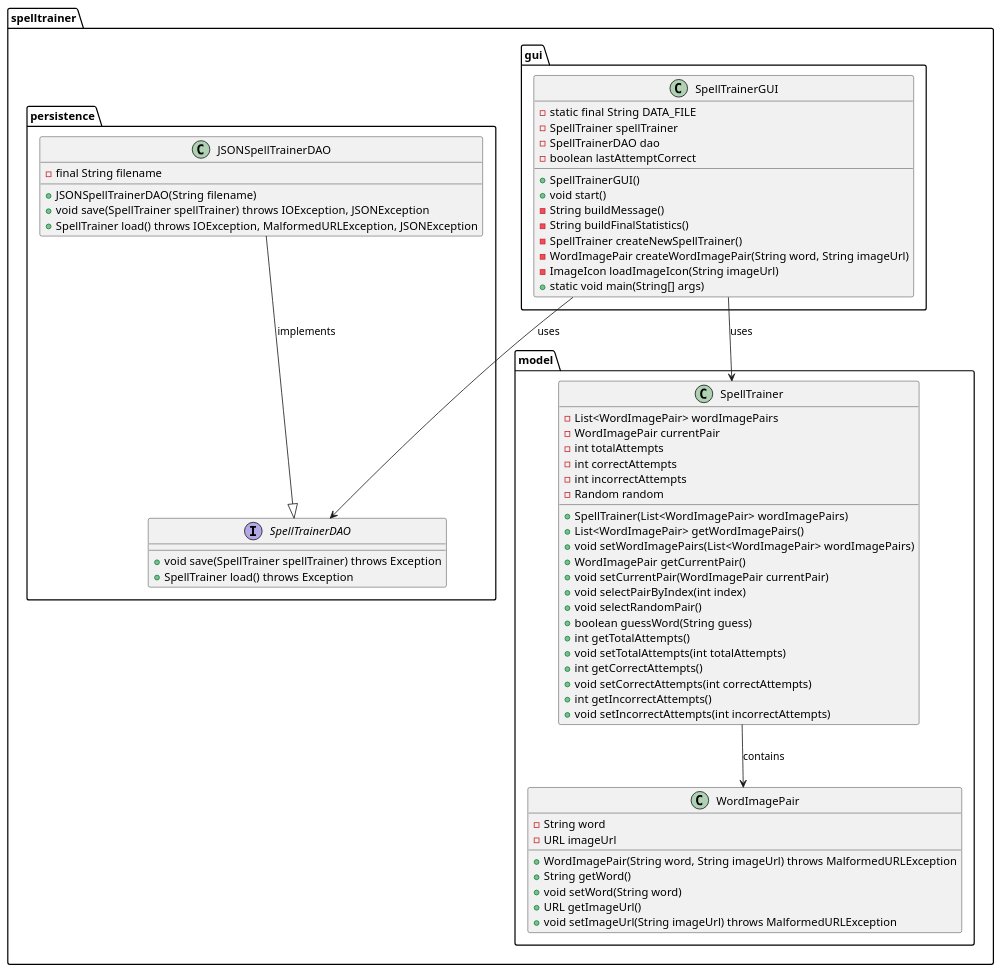
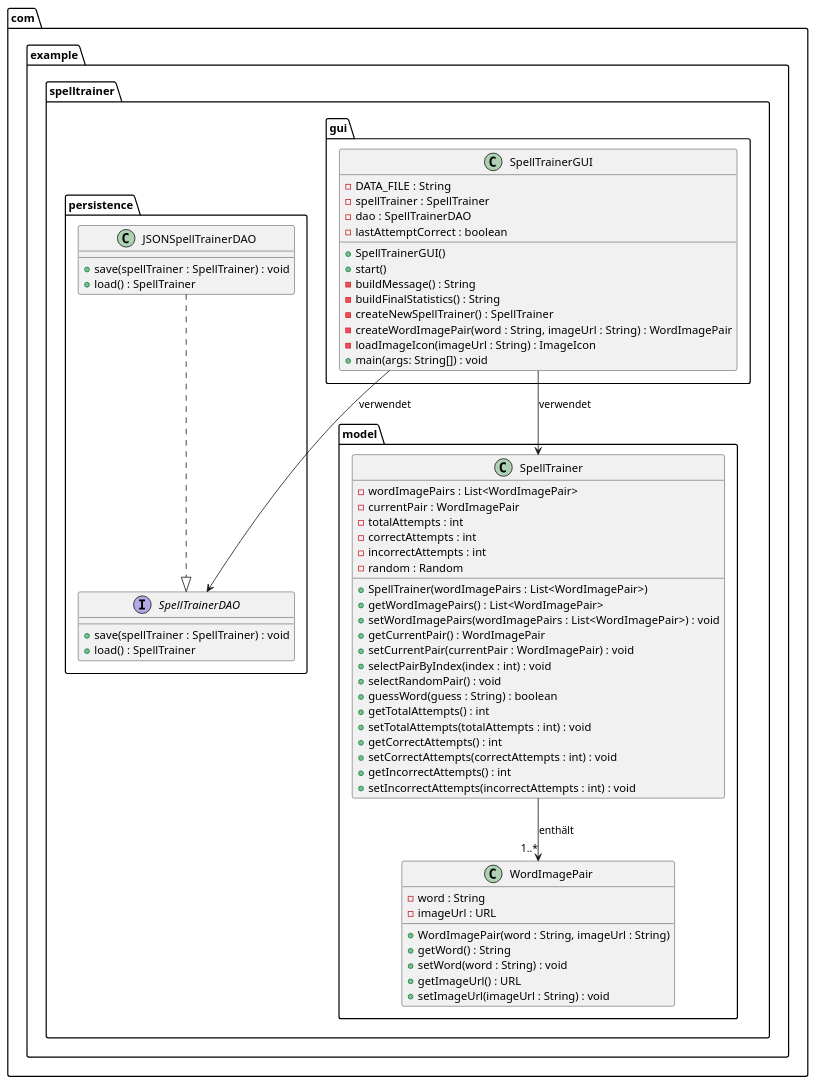
One commit to TGM-HIT/sew9-2425-worttrainer-mdjordjevic-999 changed the diagram in Djordjevic_5CHIT_UML.puml. Above: the diagram before and after it, drawn with PlantUML.

Commit message:
Finales UML

```diff
--- a/Djordjevic_5CHIT_UML.puml
+++ b/Djordjevic_5CHIT_UML.puml
@@ -1,74 +1,76 @@
 @startuml
 
-package "spelltrainer.gui" {
+' Definiere die Pakete
+package com.example.spelltrainer.gui {
     class SpellTrainerGUI {
-        - static final String DATA_FILE
-        - SpellTrainer spellTrainer
-        - SpellTrainerDAO dao
-        - boolean lastAttemptCorrect
+        - DATA_FILE : String
+        - spellTrainer : SpellTrainer
+        - dao : SpellTrainerDAO
+        - lastAttemptCorrect : boolean
         + SpellTrainerGUI()
-        + void start()
-        - String buildMessage()
-        - String buildFinalStatistics()
-        - SpellTrainer createNewSpellTrainer()
-        - WordImagePair createWordImagePair(String word, String imageUrl)
-        - ImageIcon loadImageIcon(String imageUrl)
-        + static void main(String[] args)
+        + start()
+        - buildMessage() : String
+        - buildFinalStatistics() : String
+        - createNewSpellTrainer() : SpellTrainer
+        - createWordImagePair(word : String, imageUrl : String) : WordImagePair
+        - loadImageIcon(imageUrl : String) : ImageIcon
+        + main(args: String[]) : void
     }
 }
 
-package "spelltrainer.model" {
+package com.example.spelltrainer.model {
     class SpellTrainer {
-        - List<WordImagePair> wordImagePairs
-        - WordImagePair currentPair
-        - int totalAttempts
-        - int correctAttempts
-        - int incorrectAttempts
-        - Random random
-        + SpellTrainer(List<WordImagePair> wordImagePairs)
-        + List<WordImagePair> getWordImagePairs()
-        + void setWordImagePairs(List<WordImagePair> wordImagePairs)
-        + WordImagePair getCurrentPair()
-        + void setCurrentPair(WordImagePair currentPair)
-        + void selectPairByIndex(int index)
-        + void selectRandomPair()
-        + boolean guessWord(String guess)
-        + int getTotalAttempts()
-        + void setTotalAttempts(int totalAttempts)
-        + int getCorrectAttempts()
-        + void setCorrectAttempts(int correctAttempts)
-        + int getIncorrectAttempts()
-        + void setIncorrectAttempts(int incorrectAttempts)
+        - wordImagePairs : List<WordImagePair>
+        - currentPair : WordImagePair
+        - totalAttempts : int
+        - correctAttempts : int
+        - incorrectAttempts : int
+        - random : Random
+        + SpellTrainer(wordImagePairs : List<WordImagePair>)
+        + getWordImagePairs() : List<WordImagePair>
+        + setWordImagePairs(wordImagePairs : List<WordImagePair>) : void
+        + getCurrentPair() : WordImagePair
+        + setCurrentPair(currentPair : WordImagePair) : void
+        + selectPairByIndex(index : int) : void
+        + selectRandomPair() : void
+        + guessWord(guess : String) : boolean
+        + getTotalAttempts() : int
+        + setTotalAttempts(totalAttempts : int) : void
+        + getCorrectAttempts() : int
+        + setCorrectAttempts(correctAttempts : int) : void
+        + getIncorrectAttempts() : int
+        + setIncorrectAttempts(incorrectAttempts : int) : void
     }
 
     class WordImagePair {
-        - String word
-        - URL imageUrl
-        + WordImagePair(String word, String imageUrl) throws MalformedURLException
-        + String getWord()
-        + void setWord(String word)
-        + URL getImageUrl()
-        + void setImageUrl(String imageUrl) throws MalformedURLException
+        - word : String
+        - imageUrl : URL
+        + WordImagePair(word : String, imageUrl : String)
+        + getWord() : String
+        + setWord(word : String) : void
+        + getImageUrl() : URL
+        + setImageUrl(imageUrl : String) : void
     }
 }
 
-package "spelltrainer.persistence" {
-    class JSONSpellTrainerDAO {
-        - final String filename
-        + JSONSpellTrainerDAO(String filename)
-        + void save(SpellTrainer spellTrainer) throws IOException, JSONException
-        + SpellTrainer load() throws IOException, MalformedURLException, JSONException
+package com.example.spelltrainer.persistence {
+    interface SpellTrainerDAO {
+        + save(spellTrainer : SpellTrainer) : void
+        + load() : SpellTrainer
     }
 
-    interface SpellTrainerDAO {
-        + void save(SpellTrainer spellTrainer) throws Exception
-        + SpellTrainer load() throws Exception
+    class JSONSpellTrainerDAO {
+        + save(spellTrainer : SpellTrainer) : void
+        + load() : SpellTrainer
     }
+
+    ' Beziehung: JSONSpellTrainerDAO implementiert SpellTrainerDAO
+    JSONSpellTrainerDAO ..|> SpellTrainerDAO
 }
 
-SpellTrainerGUI -down-> SpellTrainer : uses
-SpellTrainerGUI -down-> SpellTrainerDAO : uses
-SpellTrainer -down-> WordImagePair : contains
-JSONSpellTrainerDAO -down-|> SpellTrainerDAO : implements
+' Beziehungen zwischen den Klassen
+SpellTrainerGUI --> SpellTrainer : verwendet
+SpellTrainerGUI --> SpellTrainerDAO : verwendet
+SpellTrainer --> "1..*" WordImagePair : enthält
 
 @enduml
```
